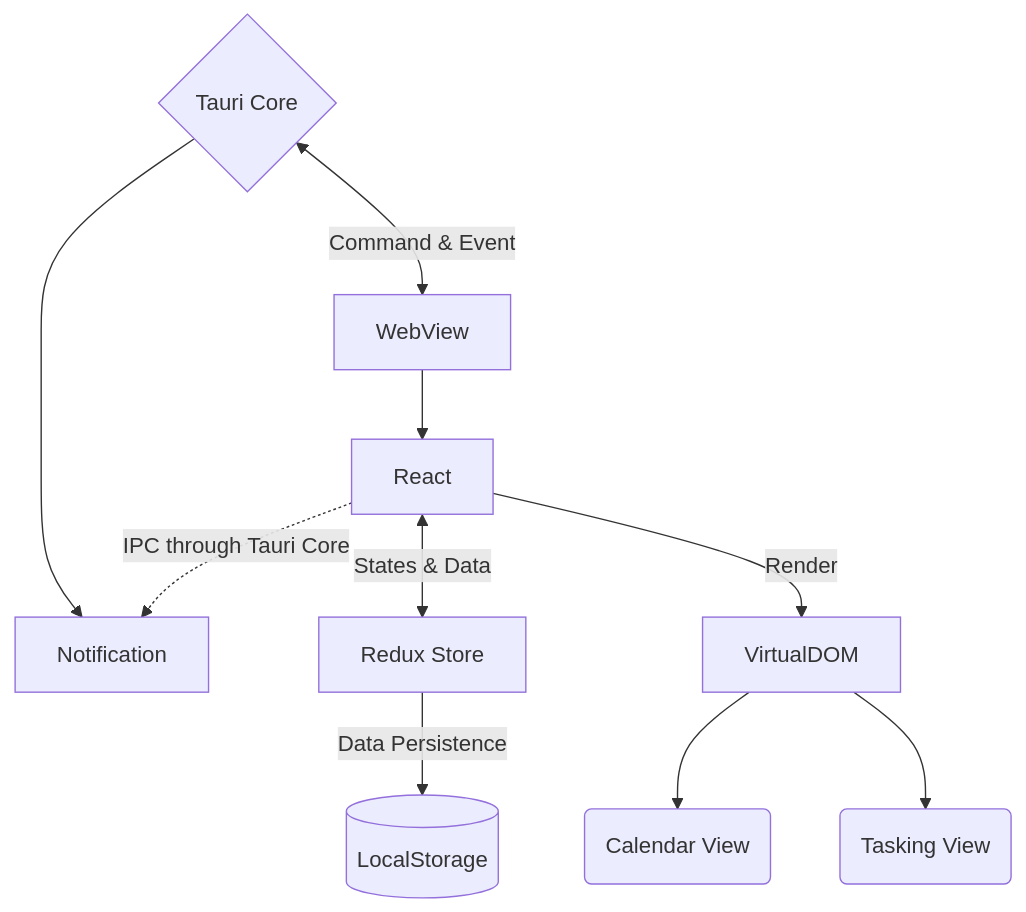
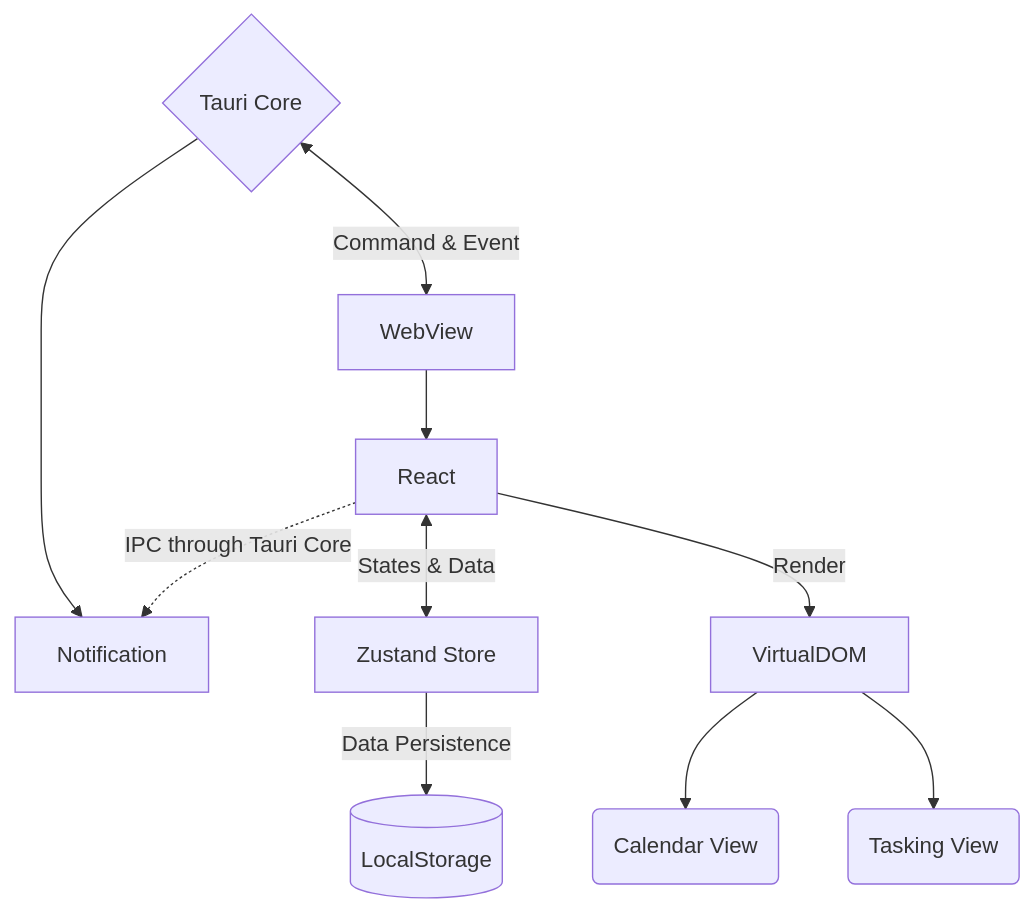
The diagram in README.md (jukrb0x/taskhorizon), drawn with Mermaid before and after one commit. The commit also changed other lines of this file, not shown here.

````diff
--- a/README.md
+++ b/README.md
@@ -24,11 +24,11 @@
 ```mermaid
 graph TB;
     A{Tauri Core} <-- Command & Event --> B[WebView]
     A --> Notification
-    B --> React[React] <-- States & Data--> rd_store[Redux Store] -- Data Persistence --> ls[(LocalStorage)]
+    B --> React[React] <-- States & Data--> rd_store[Zustand Store] -- Data Persistence --> ls[(LocalStorage)]
     React -- Render --> vdom[VirtualDOM]
     vdom --> cv(Calendar View)
     vdom --> tv(Tasking View)
     React -. IPC through Tauri Core .-> Notification
 
 ```
````
